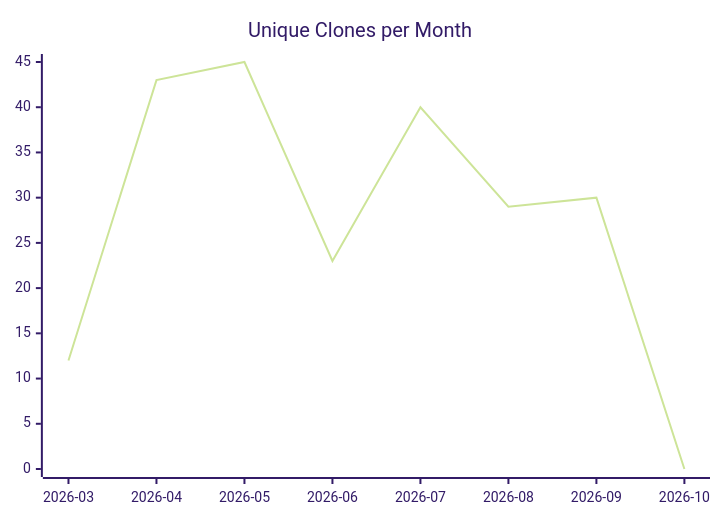
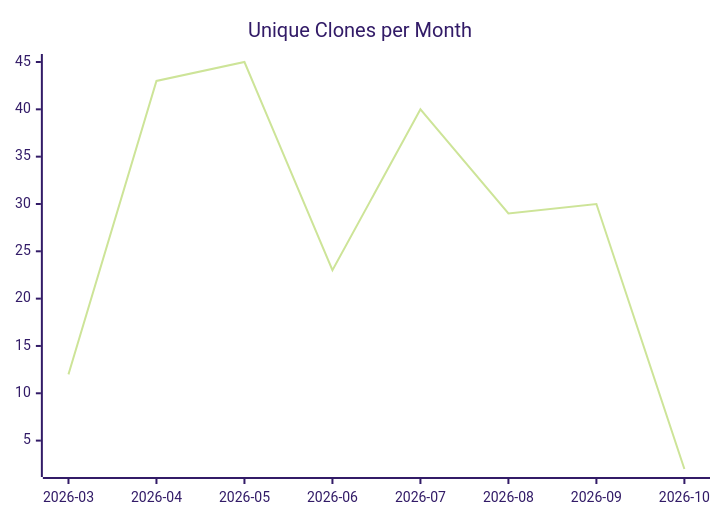
The third of 3 diagrams in karlmdavis/ksoap2-android/README.md (justdavis-family/github-analytics-data), drawn with Mermaid (forest theme) before and after one commit. The commit also changed other lines of this file and 203 other files, not shown here.

````diff
--- a/karlmdavis/ksoap2-android/README.md
+++ b/karlmdavis/ksoap2-android/README.md
@@ -19,6 +19,6 @@
 ```mermaid
 xychart-beta
   title "Unique Clones per Month"
   x-axis ["2026-03", "2026-04", "2026-05", "2026-06", "2026-07", "2026-08", "2026-09", "2026-10"]
-  line [12, 43, 45, 23, 40, 29, 30, 0]
+  line [12, 43, 45, 23, 40, 29, 30, 2]
 ```
````
